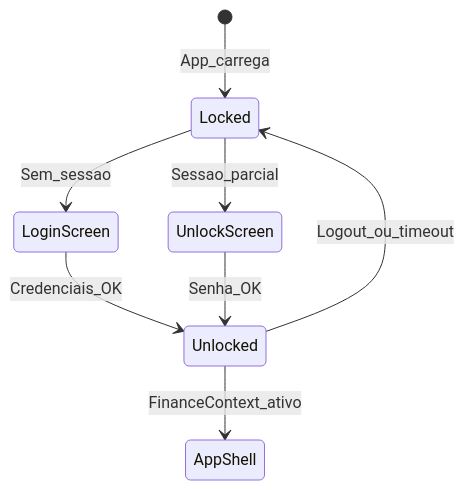
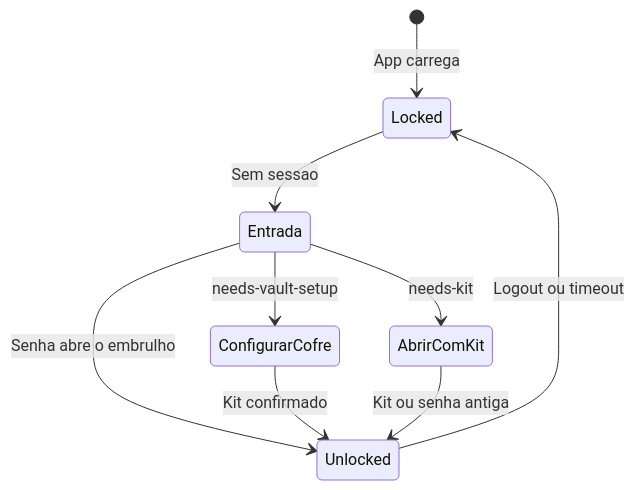
One commit to Kauaioliveira/financas-pro changed the second of 3 diagrams in docs/ARCHITECTURE.md. Above: the diagram before and after it, drawn with Mermaid. The commit also changed other lines of this file and 7 other files, not shown here.

````diff
--- a/docs/ARCHITECTURE.md
+++ b/docs/ARCHITECTURE.md
@@ -46,10 +93,11 @@
 ```mermaid
 stateDiagram-v2
-  [*] --> Locked: App_carrega
-  Locked --> LoginScreen: Sem_sessao
-  Locked --> UnlockScreen: Sessao_parcial
-  LoginScreen --> Unlocked: Credenciais_OK
-  UnlockScreen --> Unlocked: Senha_OK
-  Unlocked --> Locked: Logout_ou_timeout
-  Unlocked --> AppShell: FinanceContext_ativo
+  [*] --> Locked: App carrega
+  Locked --> Entrada: Sem sessao
+  Entrada --> Unlocked: Senha abre o embrulho
+  Entrada --> ConfigurarCofre: needs-vault-setup
+  Entrada --> AbrirComKit: needs-kit
+  ConfigurarCofre --> Unlocked: Kit confirmado
+  AbrirComKit --> Unlocked: Kit ou senha antiga
+  Unlocked --> Locked: Logout ou timeout
 ```
````
